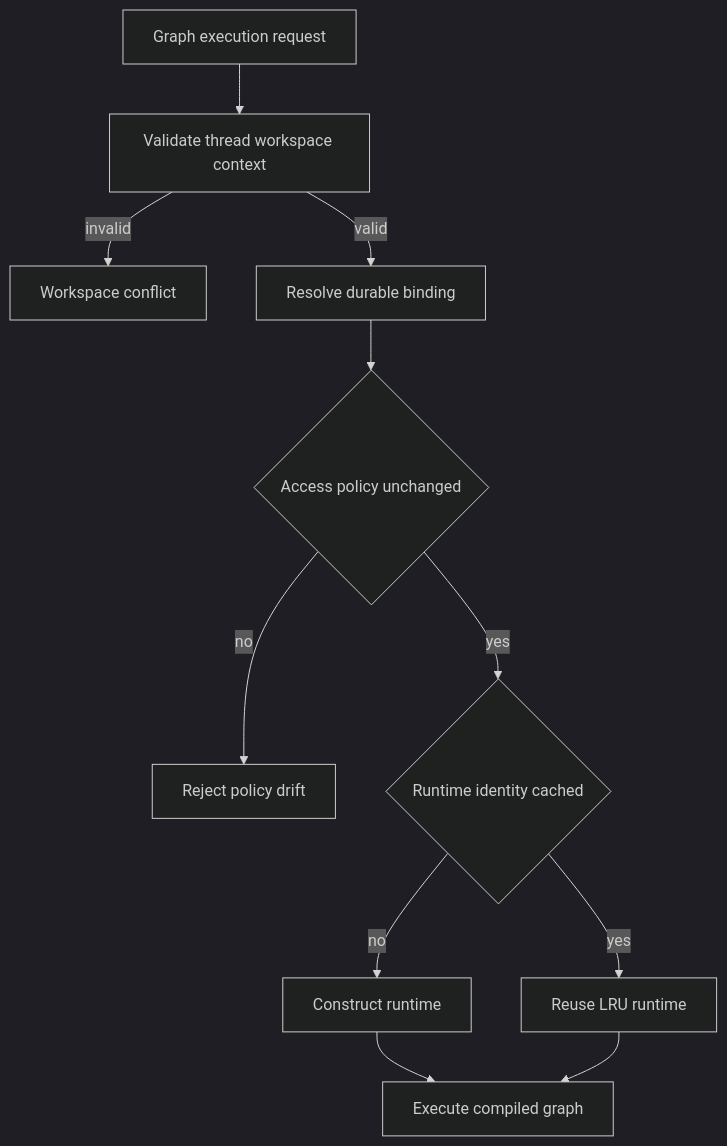
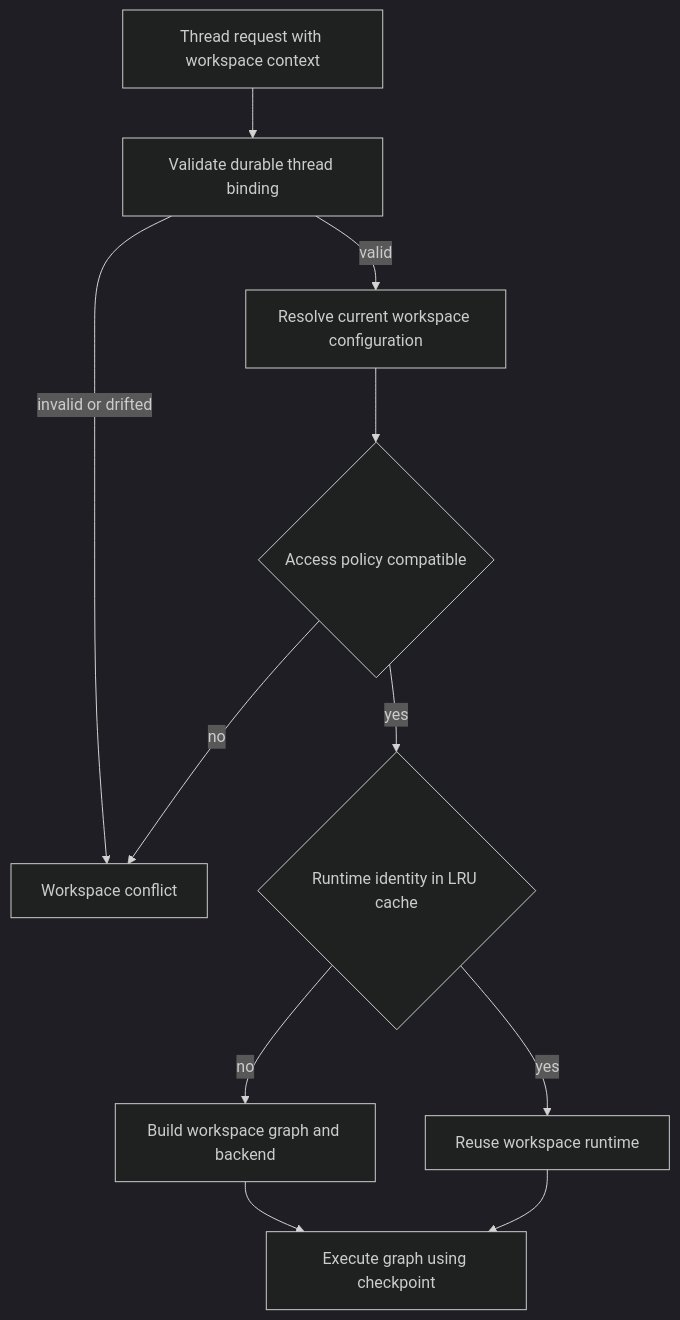
Before and after one commit to langchain-ai/deepagents: the second of 2 diagrams in openwiki/architecture/code-agent.md, drawn with Mermaid (dark theme). The commit also changed other lines of this file and 35 other files, not shown here.

````diff
--- a/openwiki/architecture/code-agent.md
+++ b/openwiki/architecture/code-agent.md
@@ -69,13 +79,13 @@
 ```mermaid
 flowchart TD
-    Request["Graph execution request"] --> Check["Validate thread workspace context"]
-    Check -->|"invalid"| Reject["Workspace conflict"]
-    Check -->|"valid"| Bound["Resolve durable binding"]
-    Bound --> Policy{"Access policy unchanged"}
-    Policy -->|"no"| Conflict["Reject policy drift"]
-    Policy -->|"yes"| Cached{"Runtime identity cached"}
-    Cached -->|"yes"| Reuse["Reuse LRU runtime"]
-    Cached -->|"no"| Build["Construct runtime"]
-    Build --> Run["Execute compiled graph"]
-    Reuse --> Run
+    Request["Thread request with workspace context"] --> Fence["Validate durable thread binding"]
+    Fence -->|"invalid or drifted"| Refuse["Workspace conflict"]
+    Fence -->|"valid"| Resolve["Resolve current workspace configuration"]
+    Resolve --> Policy{"Access policy compatible"}
+    Policy -->|"no"| Refuse
+    Policy -->|"yes"| Cached{"Runtime identity in LRU cache"}
+    Cached -->|"yes"| Reuse["Reuse workspace runtime"]
+    Cached -->|"no"| Build["Build workspace graph and backend"]
+    Build --> Execute["Execute graph using checkpoint"]
+    Reuse --> Execute
 ```
````
